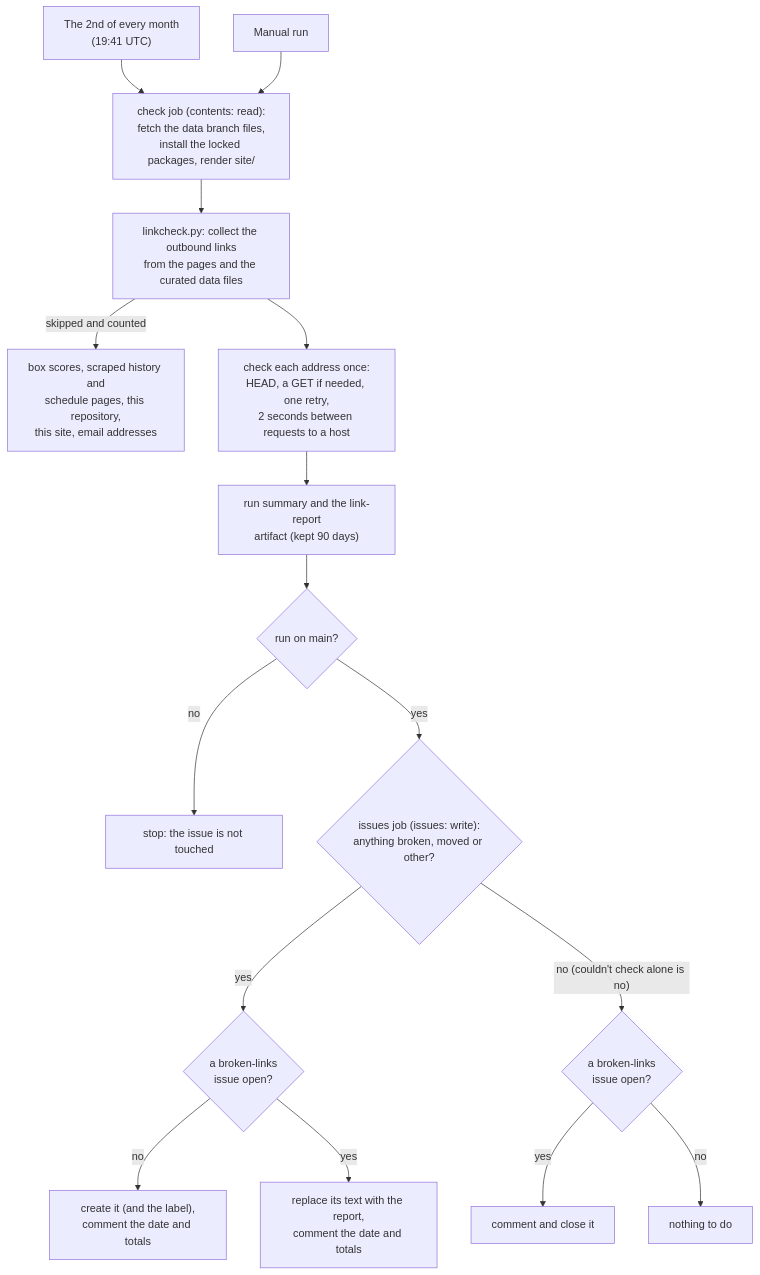
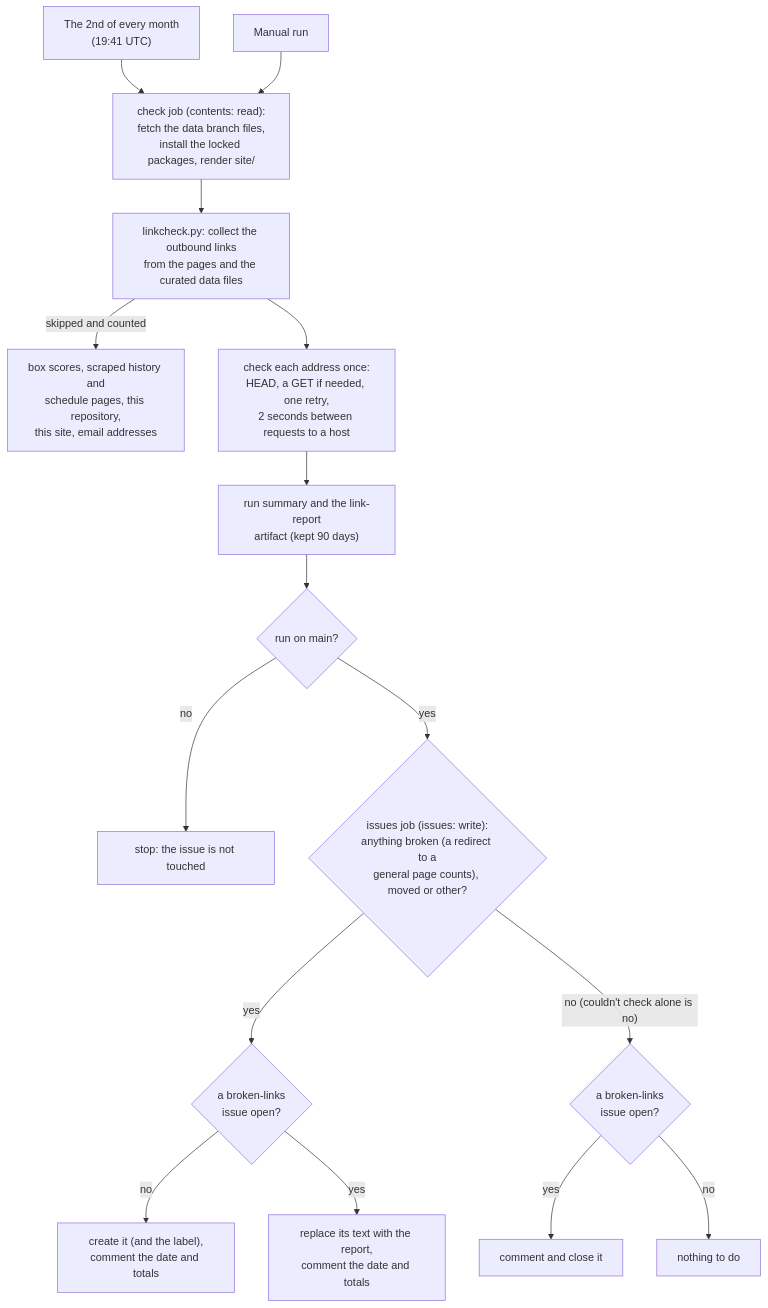
Before and after one commit to jacksonmote/DePauw-vs-Wabash-web: the fifth of 5 diagrams in README.md, drawn with Mermaid. The commit also changed other lines of this file and 7 other files, not shown here.

First line of the commit message:
Fix the moved links and flag redirects to a general page as probably broken

````diff
--- a/README.md
+++ b/README.md
@@ -487,18 +488,18 @@
 ```mermaid
 flowchart TD
   T1["The 2nd of every month<br/>(19:41 UTC)"] --> C
   T2["Manual run"] --> C
   C["check job (contents: read):<br/>fetch the data branch files,<br/>install the locked packages, render site/"] --> L["linkcheck.py: collect the outbound links<br/>from the pages and the curated data files"]
   L -- "skipped and counted" --> SK["box scores, scraped history and<br/>schedule pages, this repository,<br/>this site, email addresses"]
   L --> H["check each address once:<br/>HEAD, a GET if needed, one retry,<br/>2 seconds between requests to a host"]
   H --> R["run summary and the link-report<br/>artifact (kept 90 days)"]
   R --> M{"run on main?"}
   M -- "no" --> X["stop: the issue is not touched"]
-  M -- "yes" --> Q{"issues job (issues: write):<br/>anything broken, moved or other?"}
+  M -- "yes" --> Q{"issues job (issues: write):<br/>anything broken (a redirect to a<br/>general page counts), moved or other?"}
   Q -- "yes" --> O{"a broken-links<br/>issue open?"}
   O -- "no" --> NEW["create it (and the label),<br/>comment the date and totals"]
   O -- "yes" --> UPD["replace its text with the report,<br/>comment the date and totals"]
   Q -- "no (couldn't check alone is no)" --> CL{"a broken-links<br/>issue open?"}
   CL -- "yes" --> CLOSE["comment and close it"]
   CL -- "no" --> NOP["nothing to do"]
 ```
````
